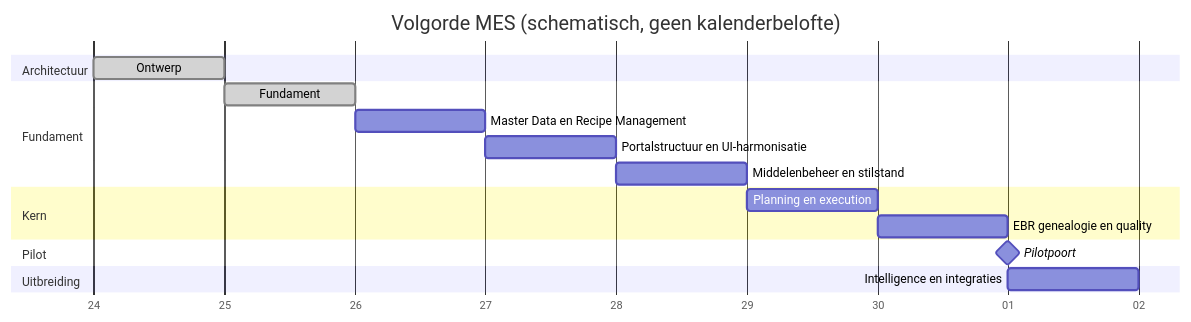
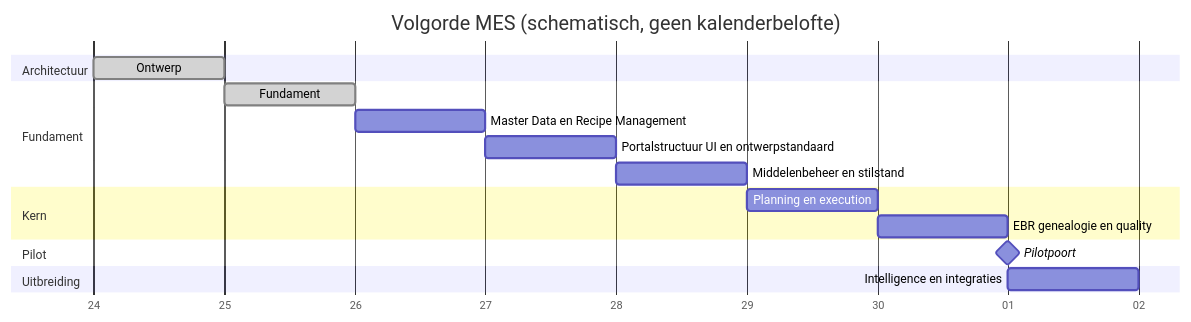
One commit to Gertjun/Manufacturing-Execution-System changed the diagram in ROADMAP.md. Above: the diagram before and after it, drawn with Mermaid. The commit also changed other lines of this file and 2 other files, not shown here.

````diff
--- a/ROADMAP.md
+++ b/ROADMAP.md
@@ -9,20 +9,20 @@
 ```mermaid
 gantt
     title Volgorde MES (schematisch, geen kalenderbelofte)
     dateFormat YYYY-MM-DD
     axisFormat %d
     section Architectuur
     Ontwerp :done, a, 2026-11-24, 1d
     section Fundament
     Fundament :done, b, after a, 1d
     Master Data en Recipe Management :c, after b, 1d
-    Portalstructuur en UI-harmonisatie :ui, after c, 1d
+    Portalstructuur UI en ontwerpstandaard :ui, after c, 1d
     Middelenbeheer en stilstand :res, after ui, 1d
     section Kern
     Planning en execution :d, after res, 1d
     EBR genealogie en quality :e, after d, 1d
     section Pilot
     Pilotpoort :milestone, f, after e, 0d
     section Uitbreiding
     Intelligence en integraties :g, after f, 1d
 ```
````
